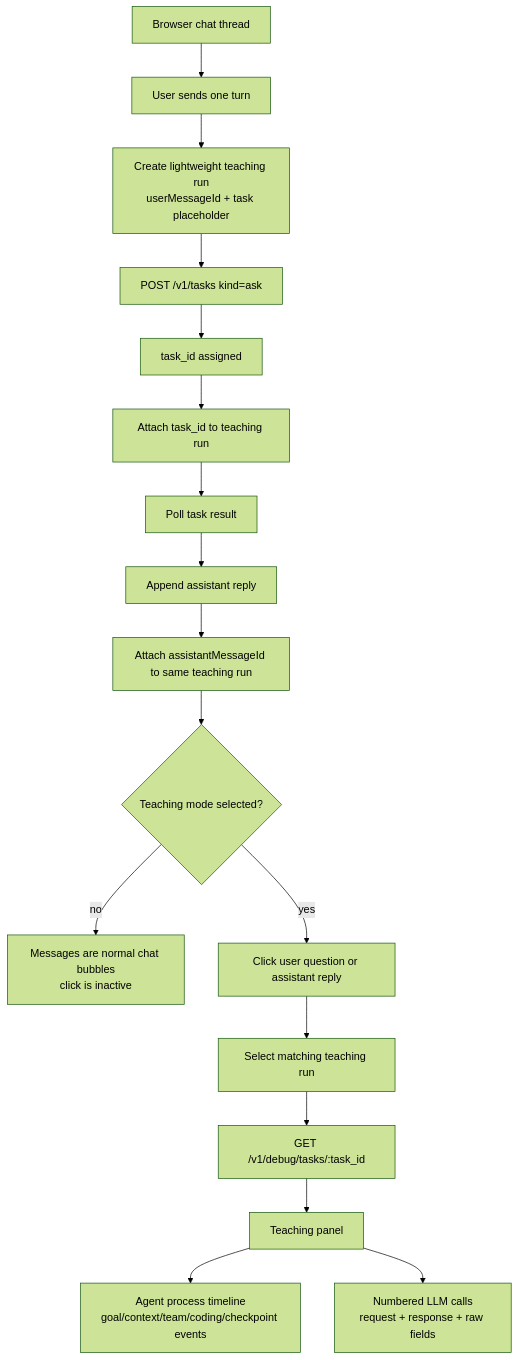
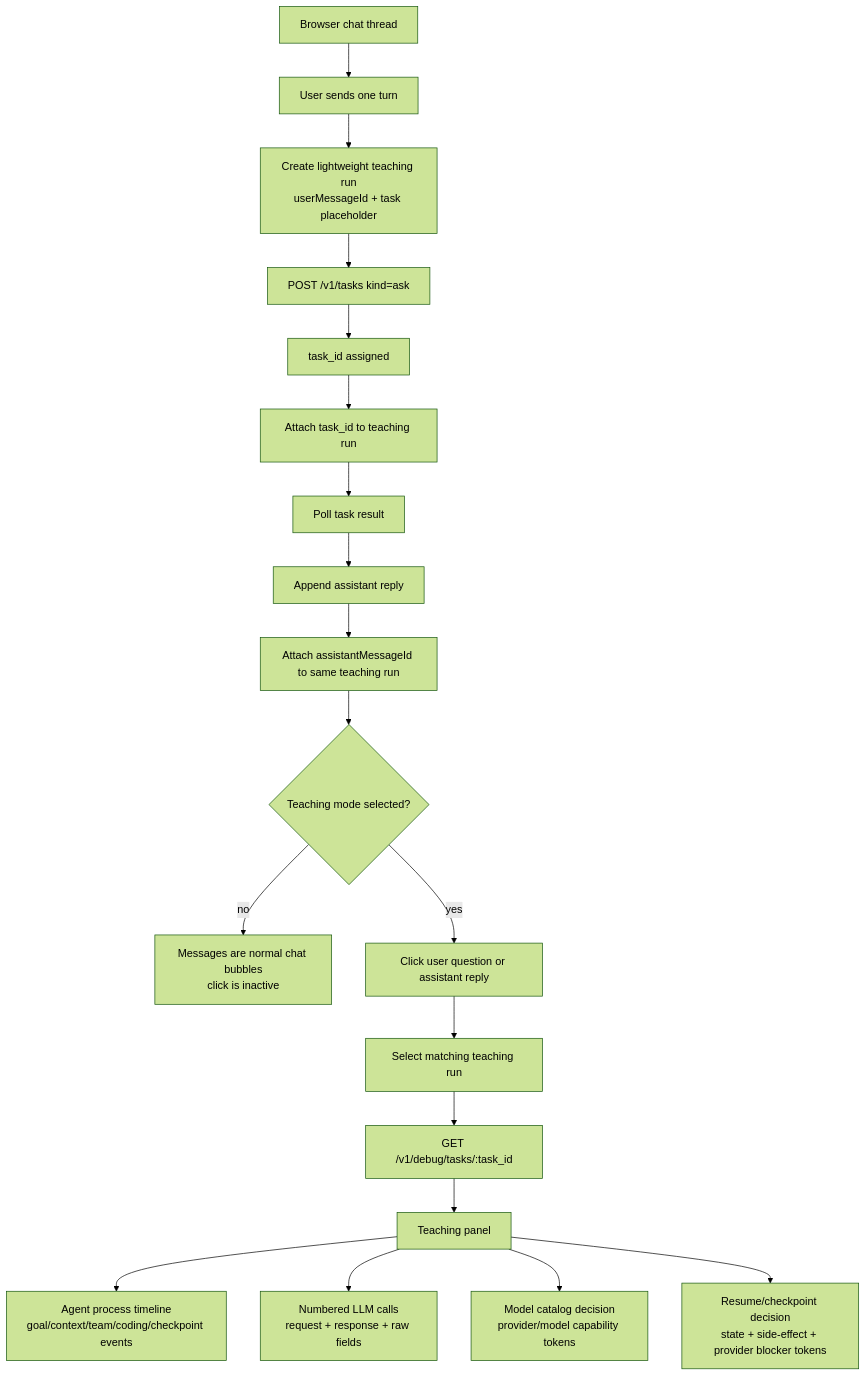
The sixth of 16 diagrams in README.md (MatrixCoreX/RustClaw), drawn with Mermaid (forest theme) before and after one commit. The commit also changed other lines of this file and 1 other file, not shown here.

Commit message:
Update model catalog README flows

````diff
--- a/README.md
+++ b/README.md
@@ -488,19 +488,21 @@
 ```mermaid
 flowchart TD
     A[Browser chat thread] --> B[User sends one turn]
     B --> C[Create lightweight teaching run<br/>userMessageId + task placeholder]
     C --> D[POST /v1/tasks kind=ask]
     D --> E[task_id assigned]
     E --> F[Attach task_id to teaching run]
     F --> G[Poll task result]
     G --> H[Append assistant reply]
     H --> I[Attach assistantMessageId to same teaching run]
     I --> J{Teaching mode selected?}
     J -->|no| K[Messages are normal chat bubbles<br/>click is inactive]
     J -->|yes| L[Click user question or assistant reply]
     L --> M[Select matching teaching run]
     M --> N[GET /v1/debug/tasks/:task_id]
     N --> O[Teaching panel]
     O --> P[Agent process timeline<br/>goal/context/team/coding/checkpoint events]
     O --> Q[Numbered LLM calls<br/>request + response + raw fields]
+    O --> R[Model catalog decision<br/>provider/model capability tokens]
+    O --> S[Resume/checkpoint decision<br/>state + side-effect + provider blocker tokens]
 ```
````
